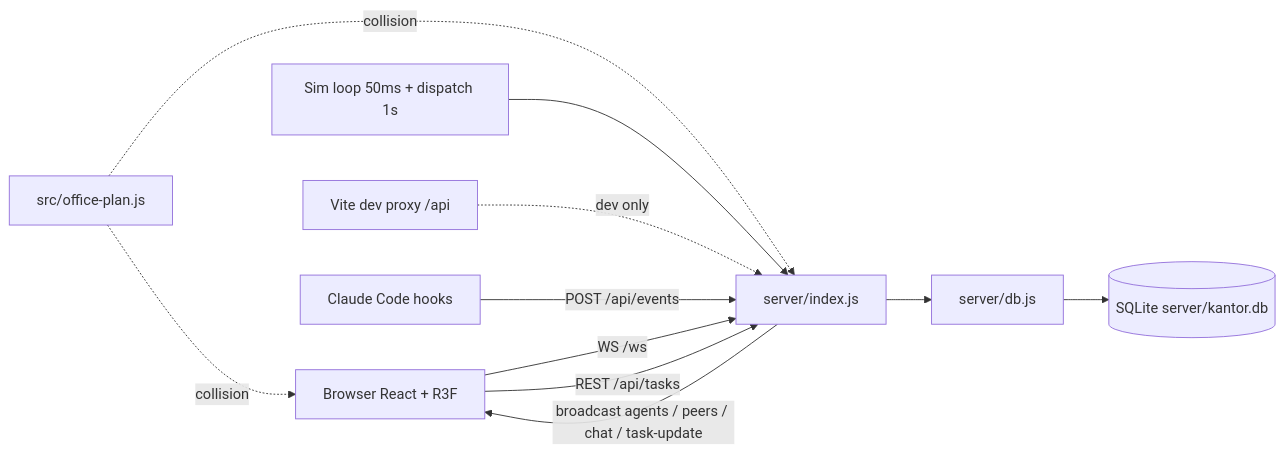
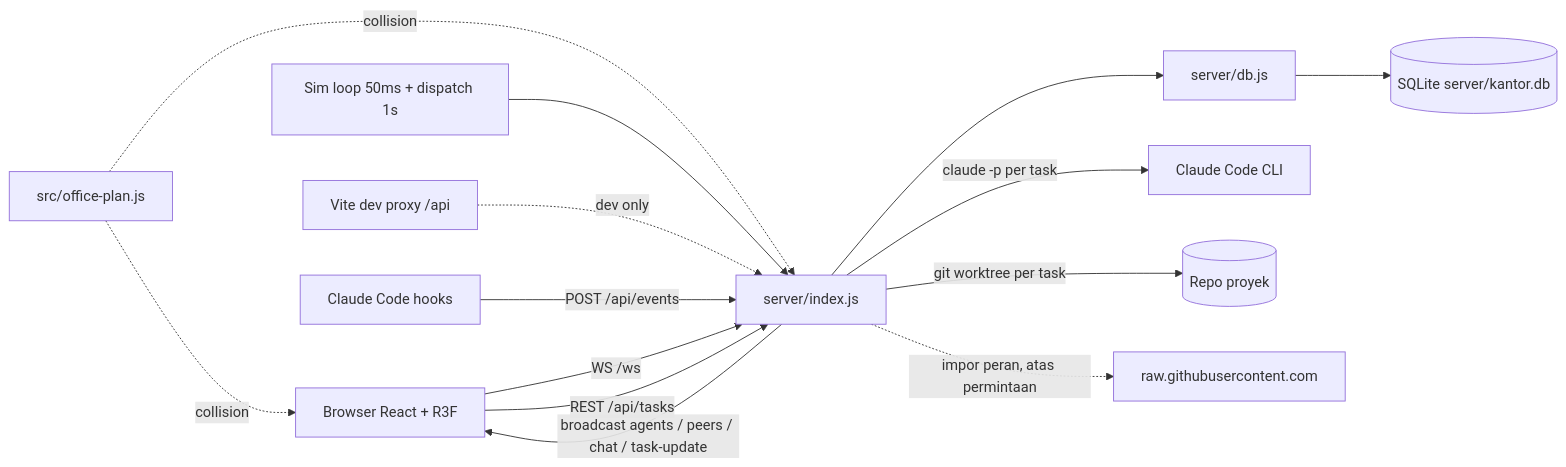
Before and after one commit to delvinalfredo/virtual_office: the diagram in docs/PROJECT.md, drawn with Mermaid. The commit also changed other lines of this file and 27 other files, not shown here.

````diff
--- a/docs/PROJECT.md
+++ b/docs/PROJECT.md
@@ -61,13 +64,16 @@
 ```mermaid
 flowchart LR
   B[Browser React + R3F] -- WS /ws --> S[server/index.js]
   B -- REST /api/tasks --> S
   S --> D[server/db.js]
   D --> Q[(SQLite server/kantor.db)]
   L[Sim loop 50ms + dispatch 1s] --> S
   S -- broadcast agents / peers / chat / task-update --> B
   P[src/office-plan.js] -.collision.-> S
   P -.collision.-> B
   V[Vite dev proxy /api] -. dev only .-> S
   H[Claude Code hooks] -- POST /api/events --> S
+  S -- claude -p per task --> C[Claude Code CLI]
+  S -- git worktree per task --> G[(Repo proyek)]
+  S -. impor peran, atas permintaan .-> K[raw.githubusercontent.com]
 ```
````
